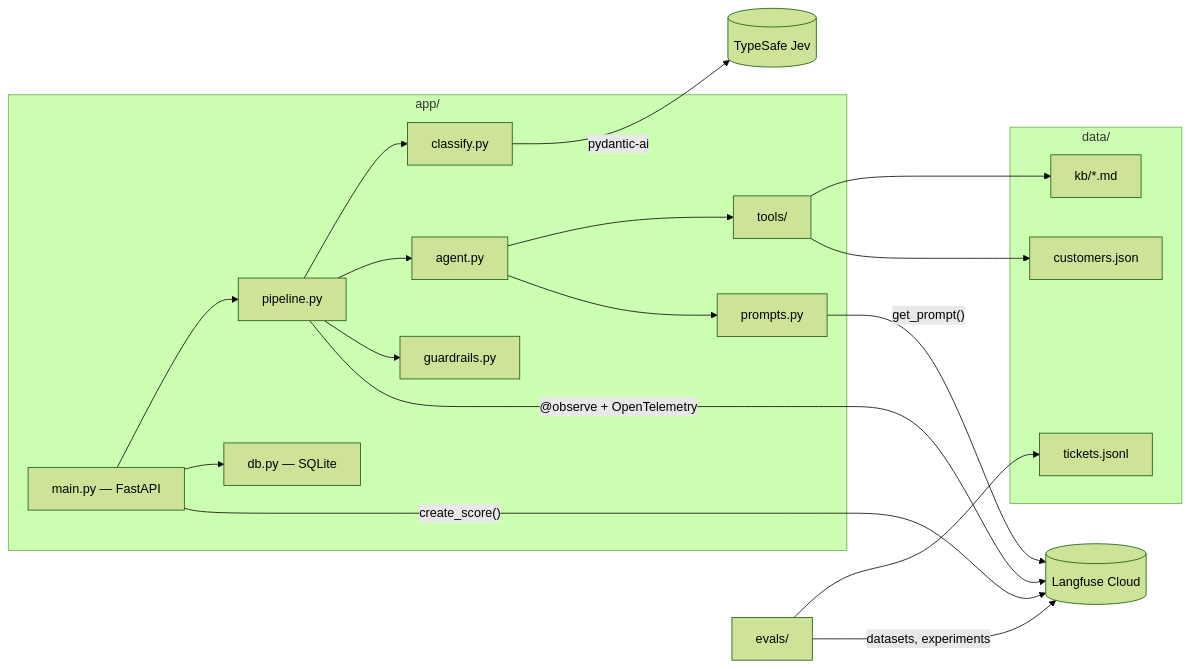
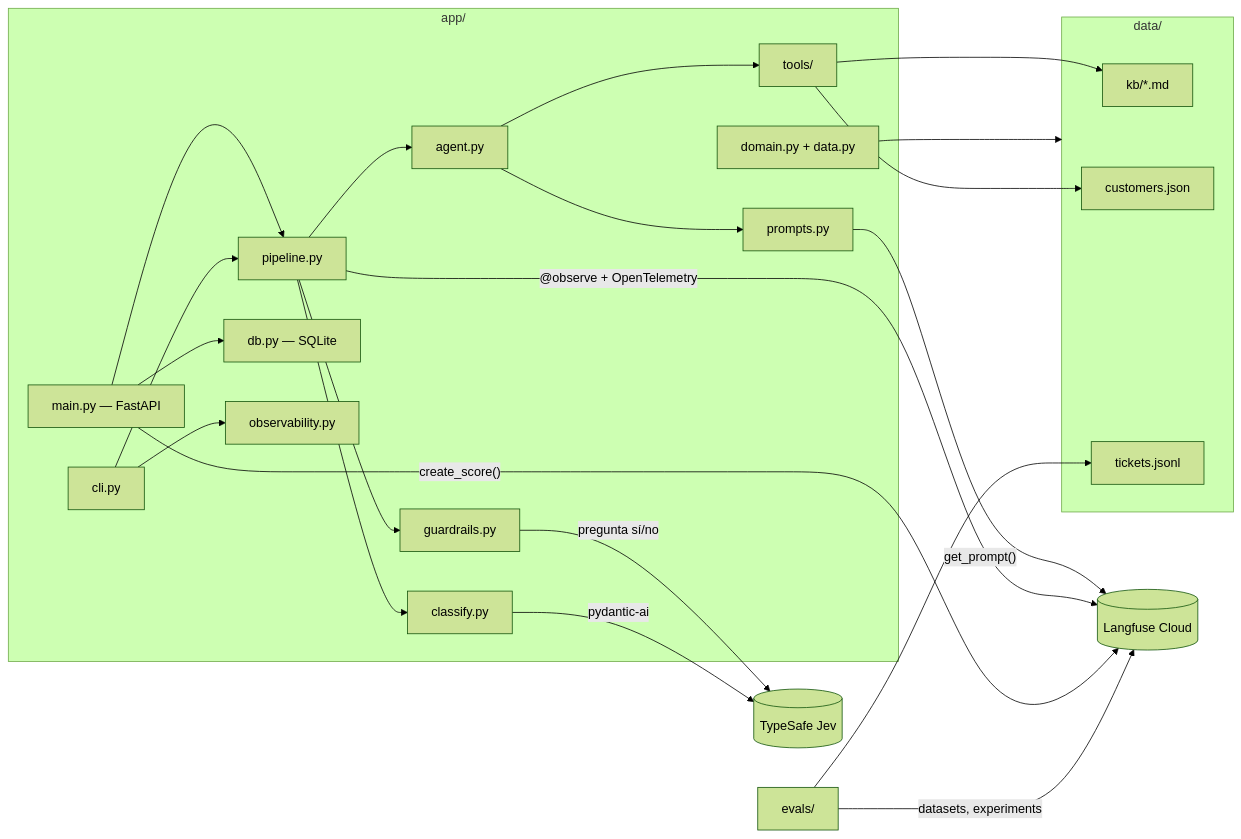
One commit to SearchingAlpha/haddock-cx-copilot changed the second of 2 diagrams in docs/specs/overview.md. Above: the diagram before and after it, drawn with Mermaid (forest theme). The commit also changed 17 other files, not shown here.

First line of the commit message:
feat(pipeline): phase 2 classify -> agent -> guardrails

````diff
--- a/docs/specs/overview.md
+++ b/docs/specs/overview.md
@@ -26,34 +26,41 @@
 ```mermaid
 flowchart LR
     subgraph app["app/"]
         main["main.py — FastAPI"]
         pipeline["pipeline.py"]
         classify["classify.py"]
         agent["agent.py"]
         guardrails["guardrails.py"]
         tools["tools/"]
         prompts["prompts.py"]
         db["db.py — SQLite"]
+        domain["domain.py + data.py"]
+        obs["observability.py"]
+        cli["cli.py"]
     end
     subgraph data["data/"]
         kb["kb/*.md"]
         customers["customers.json"]
         tickets["tickets.jsonl"]
     end
     LF[("Langfuse Cloud")]
     main --> pipeline
+    cli --> pipeline
+    cli --> obs
+    domain --> data
+    guardrails -->|"pregunta sí/no"| JEV
     pipeline --> classify
     pipeline --> agent
     pipeline --> guardrails
     agent --> tools
     tools --> kb
     tools --> customers
     classify -->|"pydantic-ai"| JEV[("TypeSafe Jev")]
     agent --> prompts
     prompts -->|"get_prompt()"| LF
     main --> db
     pipeline -->|"@observe + OpenTelemetry"| LF
     main -->|"create_score()"| LF
     evals["evals/"] --> tickets
     evals -->|"datasets, experiments"| LF
 ```
````
